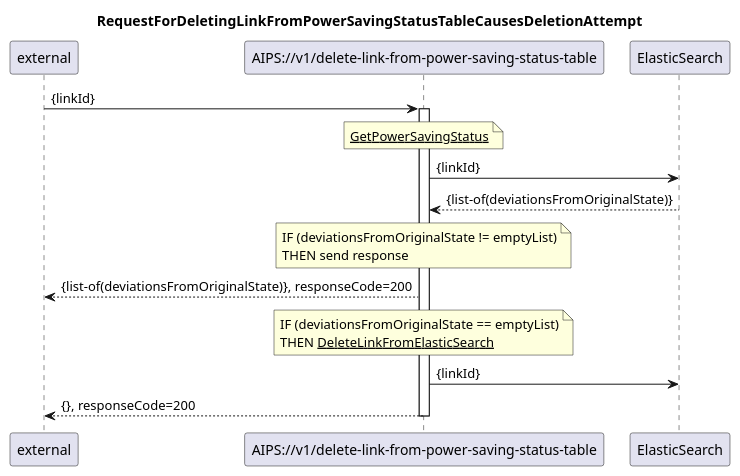
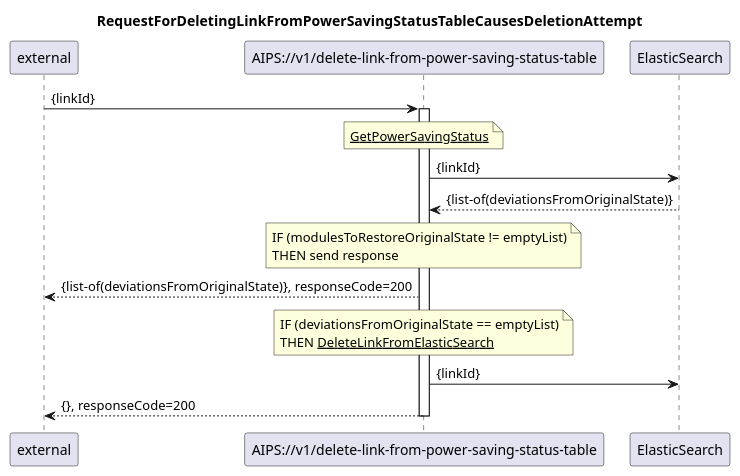
The diagram in spec/diagrams/07_PowerSavingStatus/705_deleteLinkFromPowerSavingStatusTable.plantuml (openBackhaul/AirInterfacePowerSaver), drawn with PlantUML before and after one commit. The commit also changed 1 other file, not shown here.

```diff
--- a/spec/diagrams/07_PowerSavingStatus/705_deleteLinkFromPowerSavingStatusTable.plantuml
+++ b/spec/diagrams/07_PowerSavingStatus/705_deleteLinkFromPowerSavingStatusTable.plantuml
@@ -1,45 +1,45 @@
 @startuml 705_deleteLinkFromPowerSavingStatusTable
 skinparam responseMessageBelowArrow true
 
 title
 RequestForDeletingLinkFromPowerSavingStatusTableCausesDeletionAttempt
 end title
 
 participant "external" as requestor
 participant "AIPS://v1/delete-link-from-power-saving-status-table" as delete
 participant "ElasticSearch" as es
 
 requestor -> delete: {linkId}
 activate delete
 
 'get all linkIds from power saving status table
 note over delete
   <u>GetPowerSavingStatus</u>
 end note
 delete -> es: {linkId}
 es --> delete: {list-of(deviationsFromOriginalState)} 
 
 note over delete
-    IF (deviationsFromOriginalState != emptyList)
+    IF (modulesToRestoreOriginalState != emptyList)
     THEN send response
 end note
 'we cannot use responseCode 204 to indicate that the list is not empty, 
 'because the module list shall be returned, which requires responseCode to be 200
 delete --> requestor: {list-of(deviationsFromOriginalState)}, responseCode=200
 
 'now cleanup
 note over delete
     IF (deviationsFromOriginalState == emptyList)
     THEN <u>DeleteLinkFromElasticSearch</u>
 end note
 delete -> es: {linkId}
 
 delete --> requestor: {}, responseCode=200
 
 
 
 
 
 deactivate delete 
 
 @enduml
```
